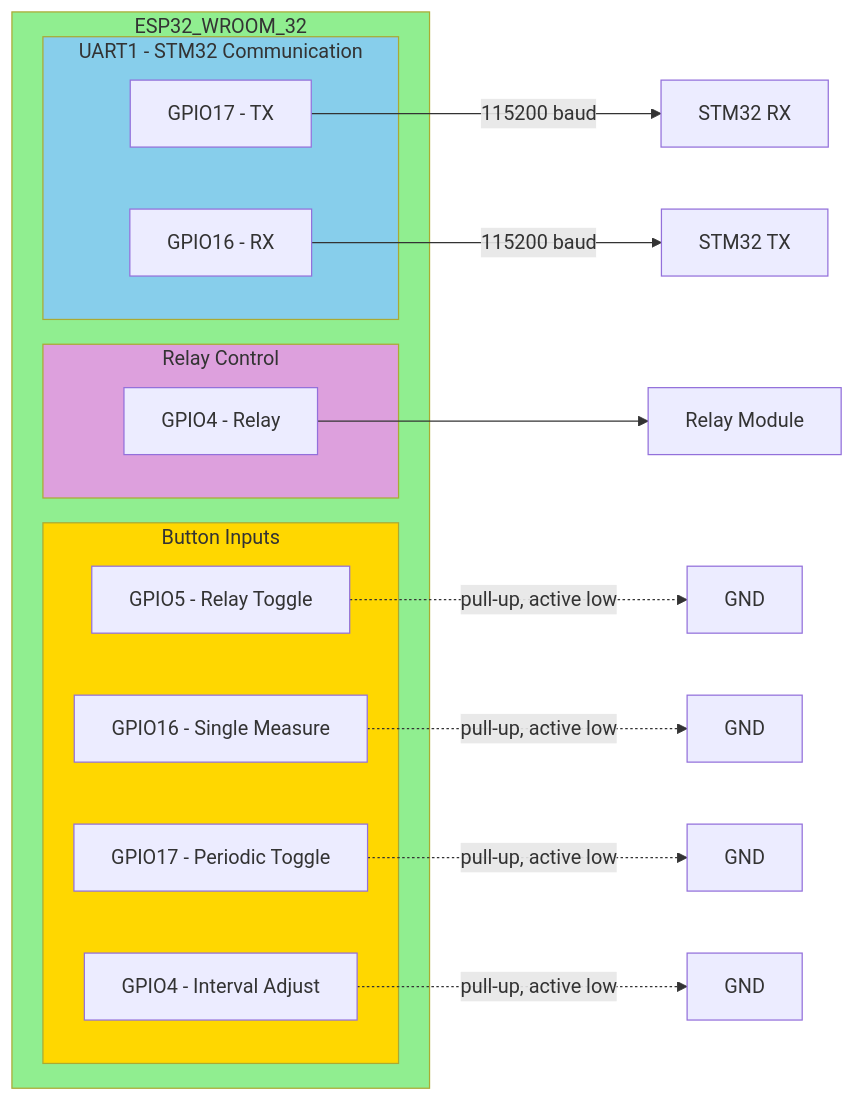
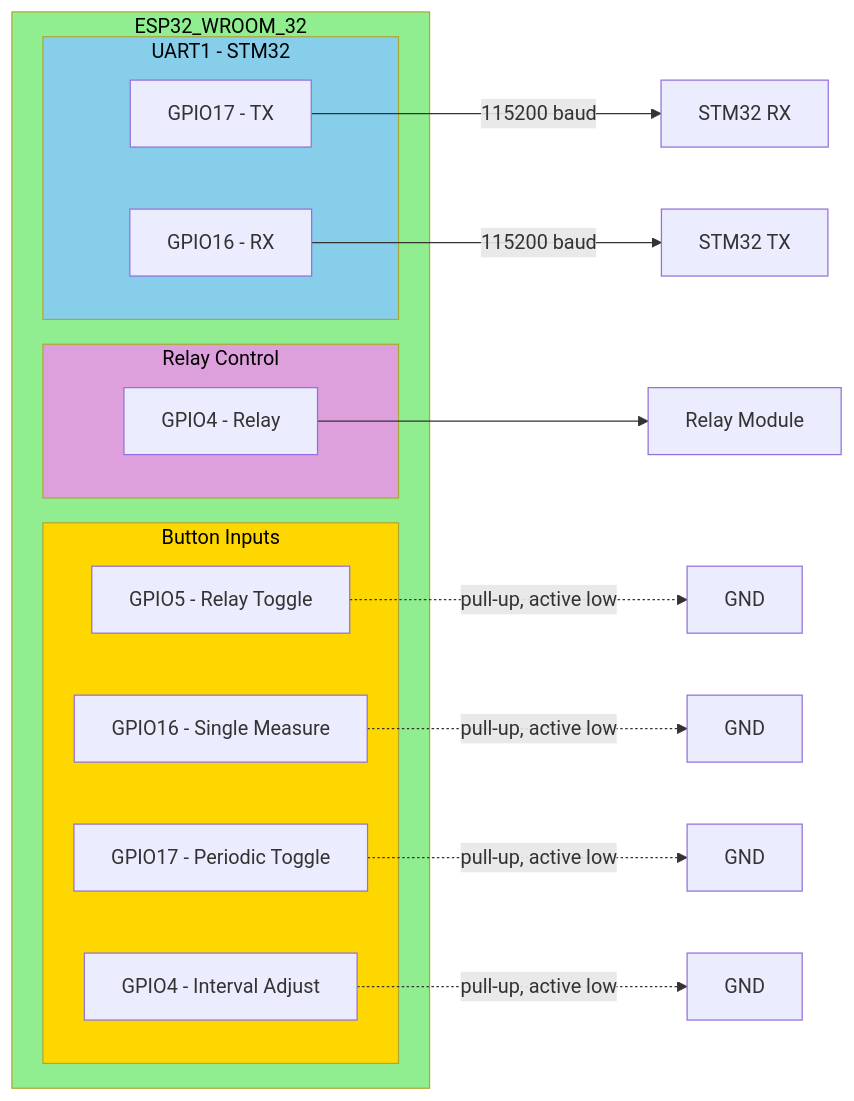
One commit to meeTeam05/datalogger changed the sixth of 9 diagrams in documents/esp32/UML_CLASS_DIAGRAM_ESP32.md. Above: the diagram before and after it, drawn with Mermaid. The commit also changed other lines of this file, not shown here.

Commit message:
fix(docs): update diagram styles to include text color for improved clarity in UML_CLASS_DIAGRAM_ESP32.md

````diff
--- a/documents/esp32/UML_CLASS_DIAGRAM_ESP32.md
+++ b/documents/esp32/UML_CLASS_DIAGRAM_ESP32.md
@@ -425,35 +425,35 @@
 ```mermaid
 graph LR
     subgraph ESP32_WROOM_32
-        subgraph UART1[UART1 - STM32 Communication]
+        subgraph UART1[UART1 - STM32]
             TX[GPIO17 - TX]
             RX[GPIO16 - RX]
         end
 
         subgraph Relay_GPIO[Relay Control]
             R[GPIO4 - Relay]
         end
 
         subgraph Button_GPIO[Button Inputs]
             B1[GPIO5 - Relay Toggle]
             B2[GPIO16 - Single Measure]
             B3[GPIO17 - Periodic Toggle]
             B4[GPIO4 - Interval Adjust]
         end
     end
 
     TX -->|115200 baud| STM32_RX[STM32 RX]
     RX -->|115200 baud| STM32_TX[STM32 TX]
 
     R --> RelayModule[Relay Module]
 
     B1 -.->|pull-up, active low| GND1[GND]
     B2 -.->|pull-up, active low| GND2[GND]
     B3 -.->|pull-up, active low| GND3[GND]
     B4 -.->|pull-up, active low| GND4[GND]
 
-    style ESP32_WROOM_32 fill:#90EE90
-    style UART1 fill:#87CEEB
-    style Relay_GPIO fill:#DDA0DD
-    style Button_GPIO fill:#FFD700
+    style ESP32_WROOM_32 fill:#90EE90, color:#000000
+    style UART1 fill:#87CEEB, color:#000000
+    style Relay_GPIO fill:#DDA0DD, color:#000000
+    style Button_GPIO fill:#FFD700, color:#000000
 ```
````
